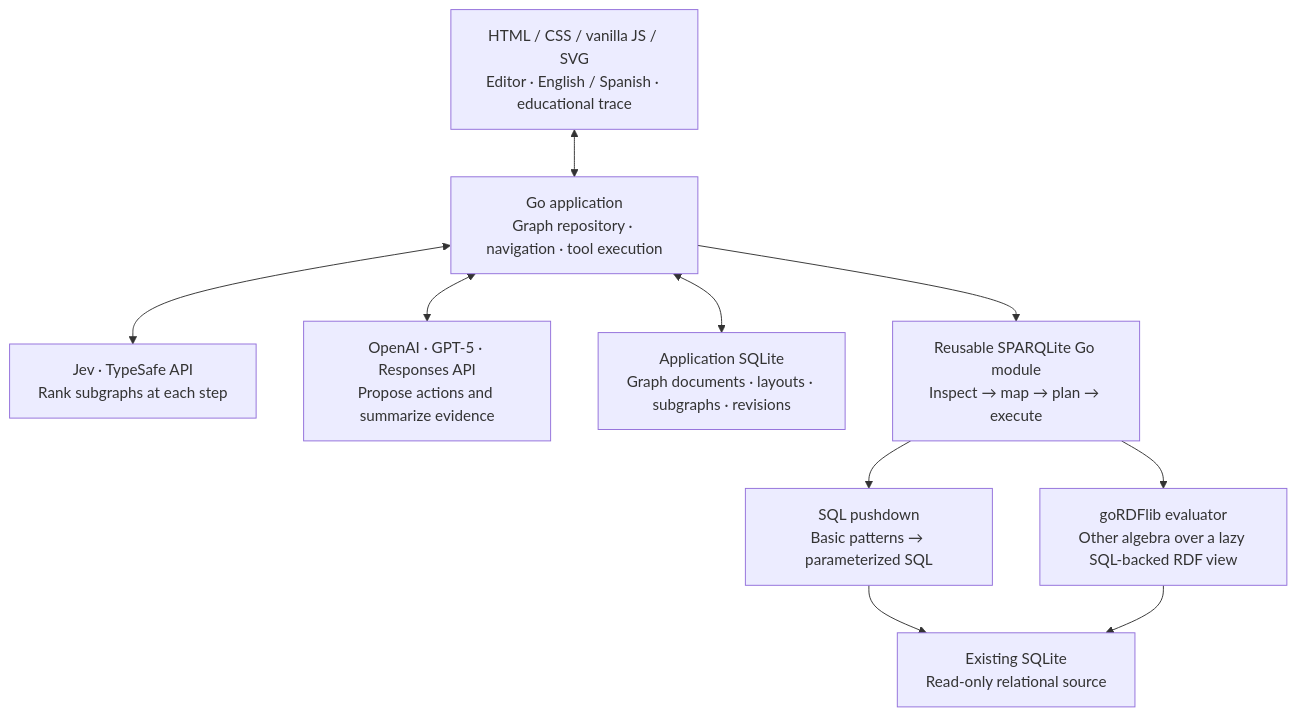
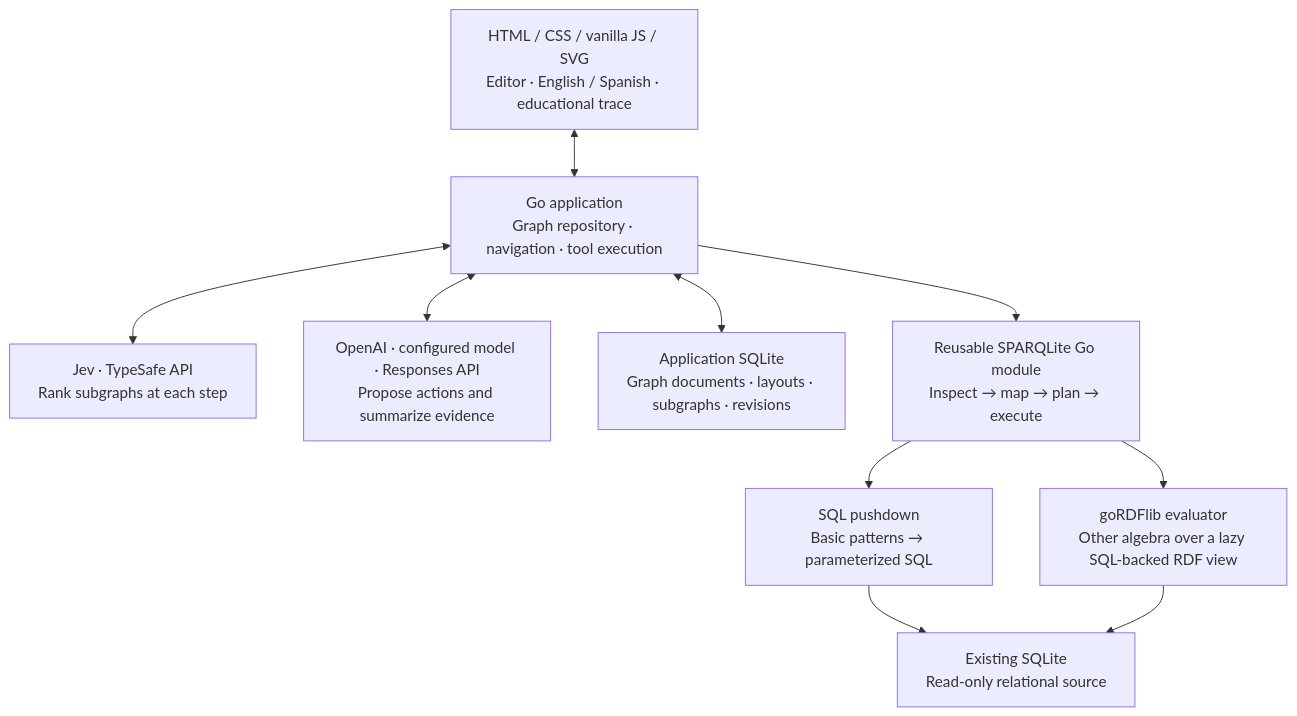
The diagram in README.md (arturoeanton/go-r2-SPINACH), drawn with Mermaid before and after one commit. The commit also changed other lines of this file and 5 other files, not shown here.

````diff
--- a/README.md
+++ b/README.md
@@ -210,19 +236,19 @@
 ```mermaid
 flowchart TD
   Browser["HTML / CSS / vanilla JS / SVG\nEditor · English / Spanish · educational trace"]
   Lab["Go application\nGraph repository · navigation · tool execution"]
   Jev["Jev · TypeSafe API\nRank subgraphs at each step"]
-  OpenAI["OpenAI · GPT-5 · Responses API\nPropose actions and summarize evidence"]
+  OpenAI["OpenAI · configured model · Responses API\nPropose actions and summarize evidence"]
   Repo["Application SQLite\nGraph documents · layouts · subgraphs · revisions"]
   Gateway["Reusable SPARQLite Go module\nInspect → map → plan → execute"]
   Source["Existing SQLite\nRead-only relational source"]
   SQL["SQL pushdown\nBasic patterns → parameterized SQL"]
   Eval["goRDFlib evaluator\nOther algebra over a lazy SQL-backed RDF view"]
   Browser <--> Lab
   Lab <--> Jev
   Lab <--> OpenAI
   Lab <--> Repo
   Lab --> Gateway
   Gateway --> SQL --> Source
   Gateway --> Eval --> Source
 ```
````
